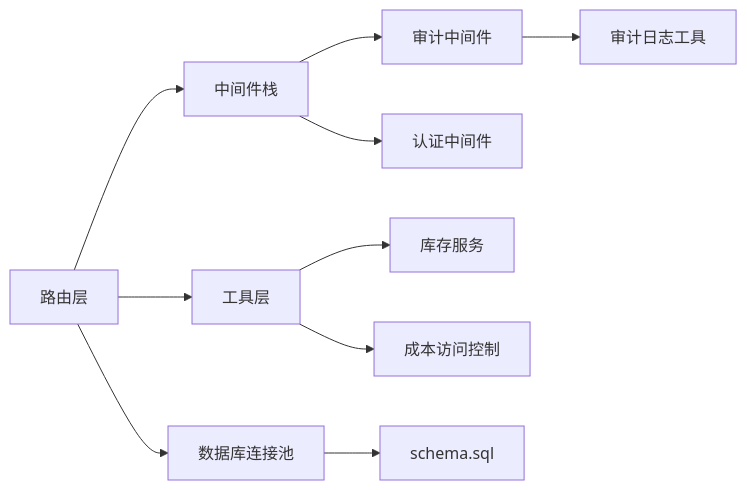
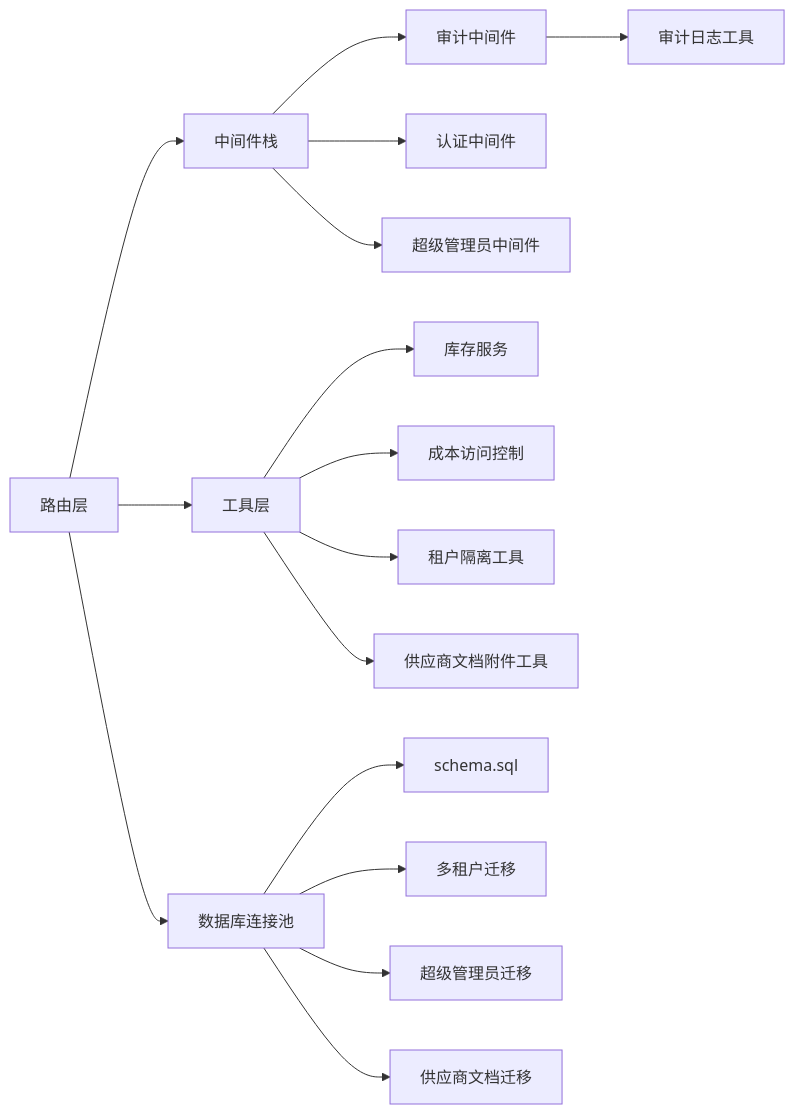
One commit to Juny09/inventory_system changed the sixth of 6 diagrams in .qoder/repowiki/zh/content/数据库设计/数据库设计.md. Above: the diagram before and after it, drawn with Mermaid. The commit also changed other lines of this file and 53 other files, not shown here.

````diff
--- a/.qoder/repowiki/zh/content/数据库设计/数据库设计.md
+++ b/.qoder/repowiki/zh/content/数据库设计/数据库设计.md
@@ -595,12 +872,18 @@
 ```mermaid
 graph LR
 Routes["路由层"] --> DB["数据库连接池"]
 Routes --> MW["中间件栈"]
 MW --> Audit["审计中间件"]
 MW --> Auth["认证中间件"]
+MW --> SuperAdmin["超级管理员中间件"]
 Routes --> Utils["工具层"]
 Utils --> InvSvc["库存服务"]
 Utils --> Cost["成本访问控制"]
+Utils --> TenantIso["租户隔离工具"]
+Utils --> Attach["供应商文档附件工具"]
 Audit --> LogUtil["审计日志工具"]
 DB --> Schema["schema.sql"]
+DB --> MTenant["多租户迁移"]
+DB --> SAdmin["超级管理员迁移"]
+DB --> SDoc["供应商文档迁移"]
 ```
````
